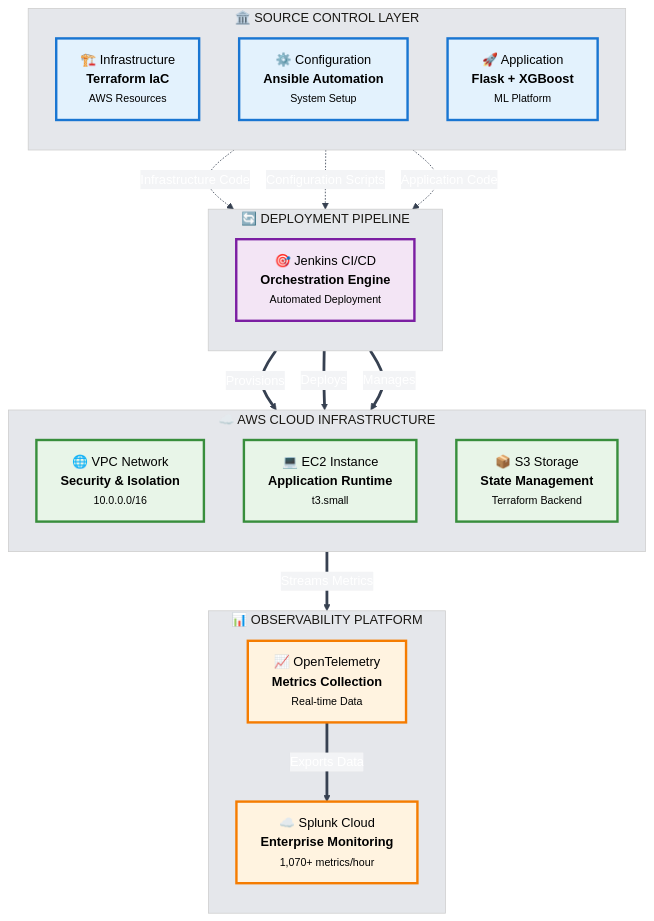
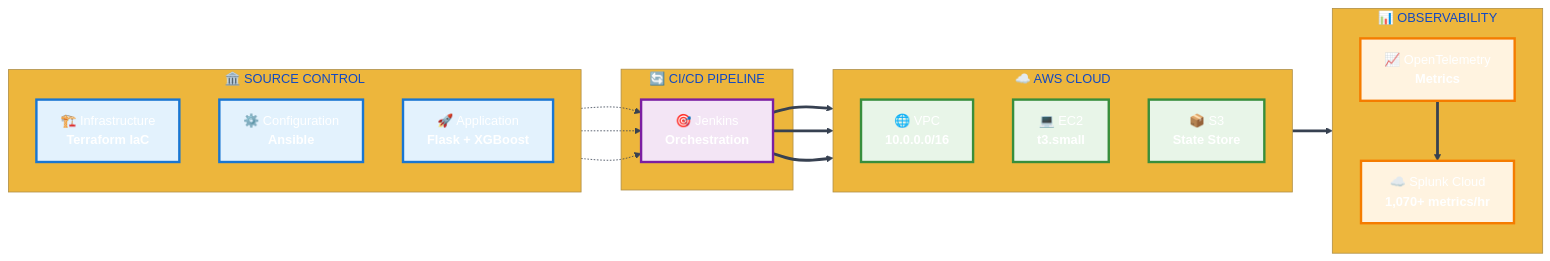
The first of 4 diagrams in docs/jenkins/DOCUMENTATION_FOR_EXPO.md (andreaendigital/CarPricePredictor-Demo), drawn with Mermaid before and after one commit.

Commit message:
docs: Reduce Enterprise Architecture diagram height by 15%
- Change main flow from vertical (TB) to horizontal (LR) layout
- Maintain vertical direction within subgraphs for readability
- Optimize diagram height while preserving professional styling
- Improve space utilization for better page layout
- Keep all enterprise features and technical specifications

````diff
--- a/docs/jenkins/DOCUMENTATION_FOR_EXPO.md
+++ b/docs/jenkins/DOCUMENTATION_FOR_EXPO.md
@@ -54,66 +54,49 @@
 ```mermaid
-%%{init: {
-  'theme': 'base',
-  'themeVariables': {
-    'primaryColor': '#2563eb',
-    'primaryTextColor': '#ffffff',
-    'primaryBorderColor': '#1e40af',
-    'lineColor': '#374151',
-    'secondaryColor': '#f3f4f6',
-    'tertiaryColor': '#e5e7eb',
-    'background': '#ffffff',
-    'mainBkg': '#f8fafc',
-    'secondBkg': '#f1f5f9',
-    'tertiaryBkg': '#e2e8f0'
-  }
-}}%%
+%%{init: {'theme': 'base', 'themeVariables': {'primaryColor': '#2563eb', 'primaryTextColor': '#ffffff', 'lineColor': '#374151'}}}%%
 
-flowchart TB
-    subgraph SC ["🏛️ SOURCE CONTROL LAYER"]
+flowchart LR
+    subgraph SC ["🏛️ SOURCE CONTROL"]
         direction TB
-        A["🏗️ Infrastructure<br/><b>Terraform IaC</b><br/><small>AWS Resources</small>"]
-        B["⚙️ Configuration<br/><b>Ansible Automation</b><br/><small>System Setup</small>"]
-        C["🚀 Application<br/><b>Flask + XGBoost</b><br/><small>ML Platform</small>"]
+        A["🏗️ Infrastructure<br/><b>Terraform IaC</b>"]
+        B["⚙️ Configuration<br/><b>Ansible</b>"]
+        C["🚀 Application<br/><b>Flask + XGBoost</b>"]
     end
 
-    subgraph DP ["🔄 DEPLOYMENT PIPELINE"]
-        direction TB
-        D["🎯 Jenkins CI/CD<br/><b>Orchestration Engine</b><br/><small>Automated Deployment</small>"]
+    subgraph DP ["🔄 CI/CD PIPELINE"]
+        D["🎯 Jenkins<br/><b>Orchestration</b>"]
     end
 
-    subgraph AWS ["☁️ AWS CLOUD INFRASTRUCTURE"]
+    subgraph AWS ["☁️ AWS CLOUD"]
         direction TB
-        E["🌐 VPC Network<br/><b>Security & Isolation</b><br/><small>10.0.0.0/16</small>"]
-        F["💻 EC2 Instance<br/><b>Application Runtime</b><br/><small>t3.small</small>"]
-        G["📦 S3 Storage<br/><b>State Management</b><br/><small>Terraform Backend</small>"]
+        E["🌐 VPC<br/><b>10.0.0.0/16</b>"]
+        F["💻 EC2<br/><b>t3.small</b>"]
+        G["📦 S3<br/><b>State Store</b>"]
     end
 
-    subgraph OBS ["📊 OBSERVABILITY PLATFORM"]
+    subgraph OBS ["📊 OBSERVABILITY"]
         direction TB
-        H["📈 OpenTelemetry<br/><b>Metrics Collection</b><br/><small>Real-time Data</small>"]
-        I["☁️ Splunk Cloud<br/><b>Enterprise Monitoring</b><br/><small>1,070+ metrics/hour</small>"]
+        H["📈 OpenTelemetry<br/><b>Metrics</b>"]
+        I["☁️ Splunk Cloud<br/><b>1,070+ metrics/hr</b>"]
     end
 
-    %% Connections with labels
-    A -.->|"Infrastructure Code"| D
-    B -.->|"Configuration Scripts"| D
-    C -.->|"Application Code"| D
+    A -.-> D
+    B -.-> D
+    C -.-> D
 
-    D ==>|"Provisions"| E
-    D ==>|"Deploys"| F
-    D ==>|"Manages"| G
+    D ==> E
+    D ==> F
+    D ==> G
 
-    F ==>|"Streams Metrics"| H
-    H ==>|"Exports Data"| I
+    F ==> H
+    H ==> I
 
-    %% Professional styling
-    classDef sourceControl fill:#e3f2fd,stroke:#1976d2,stroke-width:3px,color:#000
-    classDef deployment fill:#f3e5f5,stroke:#7b1fa2,stroke-width:3px,color:#000
-    classDef aws fill:#e8f5e8,stroke:#388e3c,stroke-width:3px,color:#000
-    classDef observability fill:#fff3e0,stroke:#f57c00,stroke-width:3px,color:#000
+    classDef sourceControl fill:#e3f2fd,stroke:#1976d2,stroke-width:3px
+    classDef deployment fill:#f3e5f5,stroke:#7b1fa2,stroke-width:3px
+    classDef aws fill:#e8f5e8,stroke:#388e3c,stroke-width:3px
+    classDef observability fill:#fff3e0,stroke:#f57c00,stroke-width:3px
 
     class A,B,C sourceControl
     class D deployment
     class E,F,G aws
     class H,I observability
 ```
````
